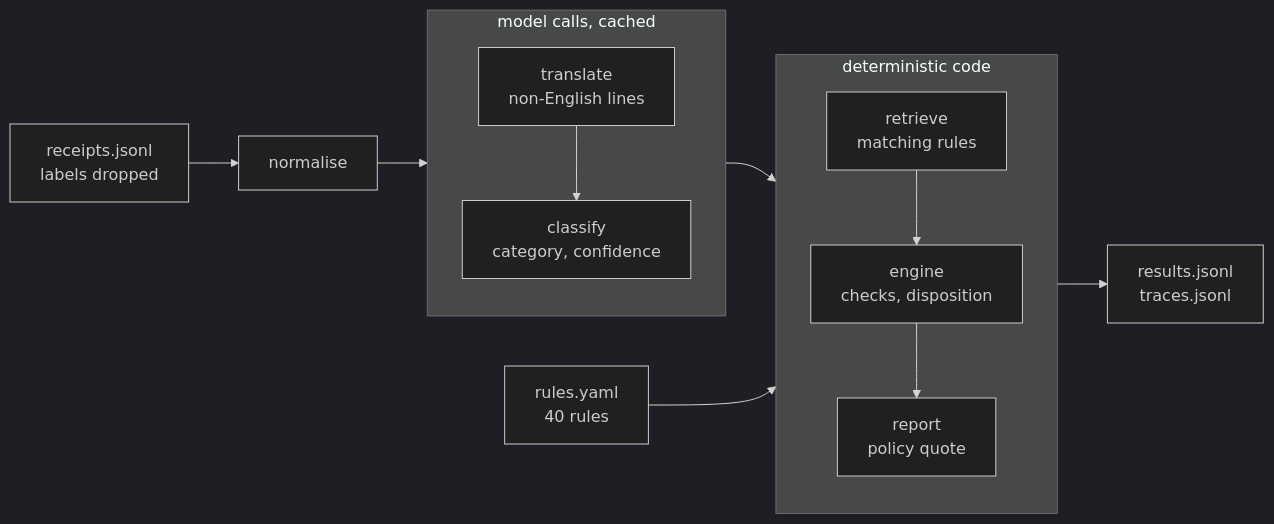
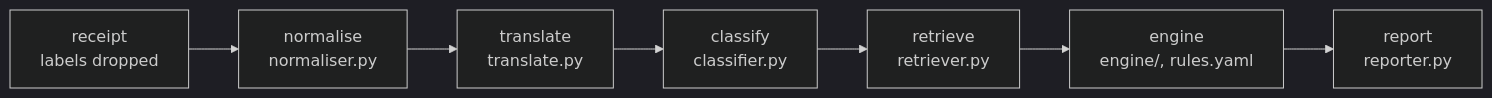
One commit to laasyaaprasad/expense-policy-validator changed the diagram in README.md. Above: the diagram before and after it, drawn with Mermaid (dark theme). The commit also changed other lines of this file and 1 other file, not shown here.

````diff
--- a/README.md
+++ b/README.md
@@ -11,15 +7,4 @@
 ```mermaid
 flowchart LR
-    receipts["receipts.jsonl<br/>labels dropped"] --> normalise --> M
-    subgraph M ["model calls, cached"]
-        direction TB
-        translate["translate<br/>non-English lines"] --> classify["classify<br/>category, confidence"]
-    end
-    M --> C
-    subgraph C ["deterministic code"]
-        direction TB
-        retrieve["retrieve<br/>matching rules"] --> engine["engine<br/>checks, disposition"] --> report["report<br/>policy quote"]
-    end
-    rules["rules.yaml<br/>40 rules"] --> C
-    C --> out["results.jsonl<br/>traces.jsonl"]
+    R["receipt<br/>labels dropped"] --> N["normalise<br/>normaliser.py"] --> T["translate<br/>translate.py"] --> K["classify<br/>classifier.py"] --> P["retrieve<br/>retriever.py"] --> E["engine<br/>engine/, rules.yaml"] --> O["report<br/>reporter.py"]
 ```
````
